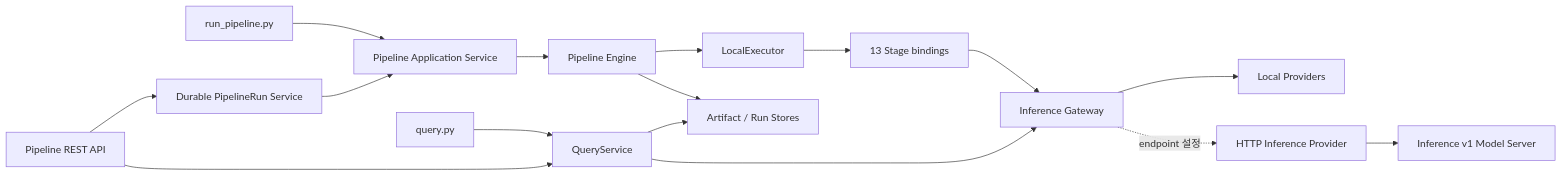
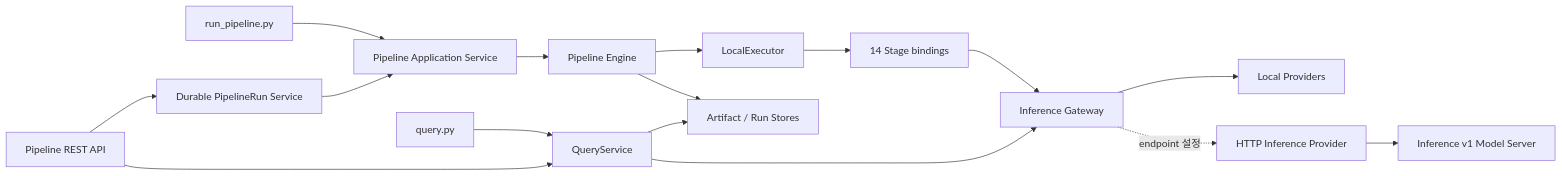
One commit to haesookimDev/video-preprocess changed the diagram in README.md. Above: the diagram before and after it, drawn with Mermaid. The commit also changed other lines of this file and 36 other files, not shown here.

````diff
--- a/README.md
+++ b/README.md
@@ -12,18 +12,18 @@
 ```mermaid
 flowchart LR
     CLI[run_pipeline.py] --> APP[Pipeline Application Service]
     API[Pipeline REST API] --> RUNS[Durable PipelineRun Service]
     RUNS --> APP
     APP --> ENGINE[Pipeline Engine]
     ENGINE --> EXECUTOR[LocalExecutor]
-    EXECUTOR --> STAGES[13 Stage bindings]
+    EXECUTOR --> STAGES[14 Stage bindings]
     STAGES --> GATEWAY[Inference Gateway]
     GATEWAY --> LOCAL[Local Providers]
     GATEWAY -. endpoint 설정 .-> HTTP[HTTP Inference Provider]
     HTTP --> SERVER[Inference v1 Model Server]
     ENGINE --> STORES[Artifact / Run Stores]
     QCLI[query.py] --> QUERY[QueryService]
     API --> QUERY
     QUERY --> GATEWAY
     QUERY --> STORES
 ```
````
